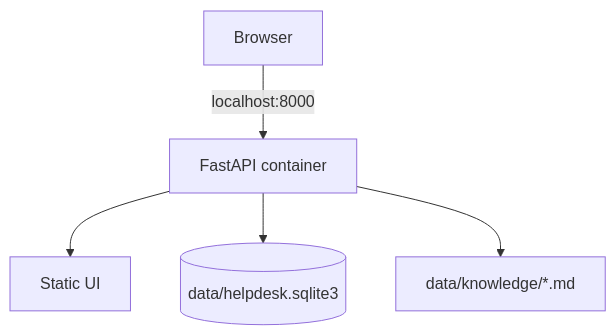
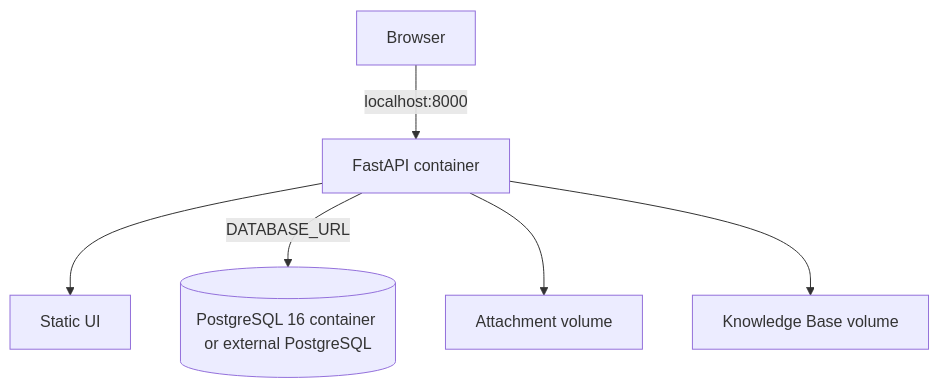
One commit to thinhsp-203/OpsMind-Helpdesk changed the seventh of 8 diagrams in docs/SDD.md. Above: the diagram before and after it, drawn with Mermaid. The commit also changed other lines of this file and 34 other files, not shown here.

First line of the commit message:
feat: add PostgreSQL backend and bilingual UI

````diff
--- a/docs/SDD.md
+++ b/docs/SDD.md
@@ -132,7 +132,8 @@
 ```mermaid
 flowchart TB
-  Browser[Browser] -->|localhost:8000| Container[FastAPI container]
-  Container --> Static[Static UI]
-  Container --> SQLite[(data/helpdesk.sqlite3)]
-  Container --> KB[data/knowledge/*.md]
+  Browser[Browser] -->|localhost:8000| App[FastAPI container]
+  App --> Static[Static UI]
+  App -->|DATABASE_URL| DB[(PostgreSQL 16 container or external PostgreSQL)]
+  App --> Runtime[Attachment volume]
+  App --> KB[Knowledge Base volume]
 ```
````
